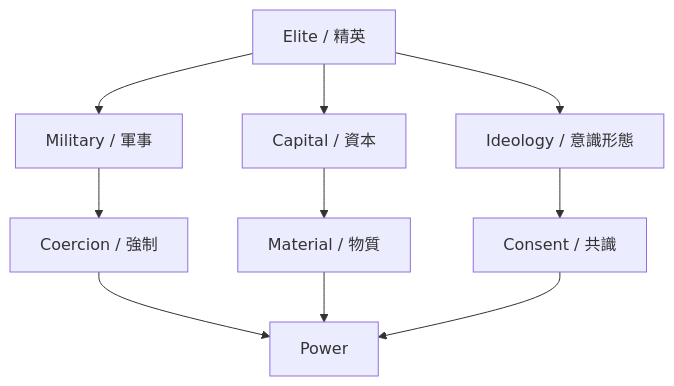
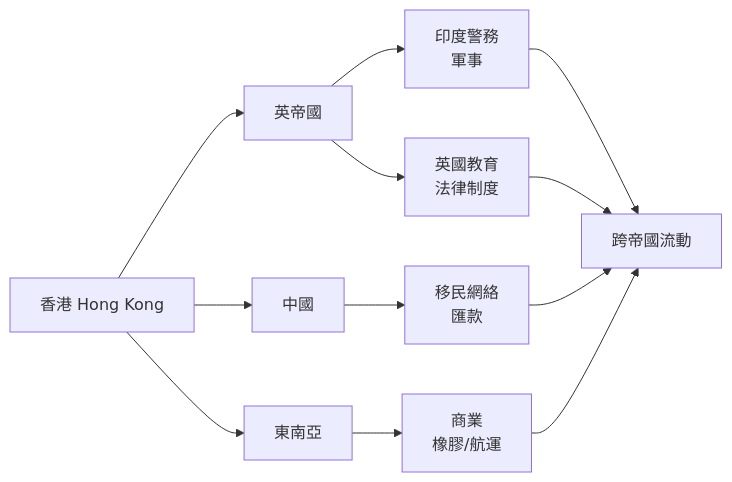
One commit to yip-lgtm/HKU-Harvard-History-Self-Study changed the seventh of 10 diagrams in 01_HKU_Courses/HIST4028_History_without_Borders.md. Above: the diagram before and after it, drawn with Mermaid. The commit also changed other lines of this file and 65 other files, not shown here.

````diff
--- a/01_HKU_Courses/HIST4028_History_without_Borders.md
+++ b/01_HKU_Courses/HIST4028_History_without_Borders.md
@@ -382,12 +347,14 @@
 ```mermaid
-graph TD
-    A[Elite / 精英] --> B[Military / 軍事]
-    A --> C[Capital / 資本]
-    A --> D[Ideology / 意識形態]
-    B --> E[Coercion / 強制]
-    C --> F[Material / 物質]
-    D --> G[Consent / 共識]
-    E --> H[Power]
-    F --> H
-    G --> H
+flowchart LR
+    A[香港 Hong Kong] --> B[英帝國]
+    A --> C[中國]
+    A --> D[東南亞]
+    B --> E[印度警務<br/>軍事]
+    B --> F[英國教育<br/>法律制度]
+    C --> G[移民網絡<br/>匯款]
+    D --> H[商業<br/>橡膠/航運]
+    E --> I[跨帝國流動]
+    F --> I
+    G --> I
+    H --> I
 ```
````
